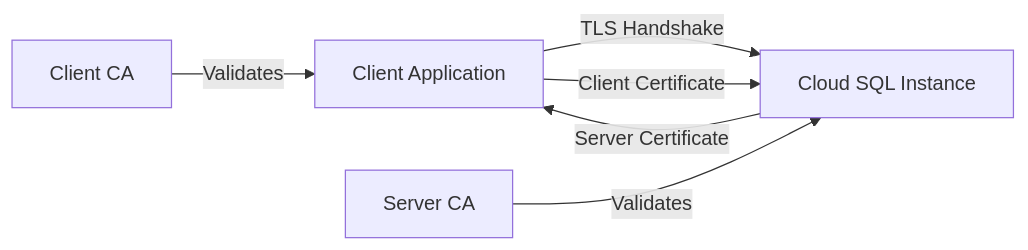
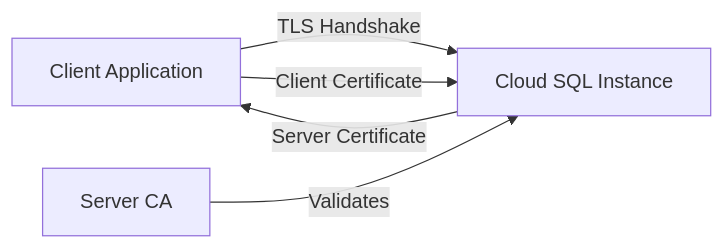
Before and after one commit to OneUptime/blog: the diagram in posts/2026-02-17-how-to-configure-ssl-tls-certificates-for-cloud-sql-connections/README.md, drawn with Mermaid. The commit also changed other lines of this file and 2 other files, not shown here.

````diff
--- a/posts/2026-02-17-how-to-configure-ssl-tls-certificates-for-cloud-sql-connections/README.md
+++ b/posts/2026-02-17-how-to-configure-ssl-tls-certificates-for-cloud-sql-connections/README.md
@@ -21,8 +21,7 @@
 ```mermaid
 graph LR
     A[Client Application] -->|TLS Handshake| B[Cloud SQL Instance]
     B -->|Server Certificate| A
     A -->|Client Certificate| B
     C[Server CA] -->|Validates| B
-    D[Client CA] -->|Validates| A
 ```
````
